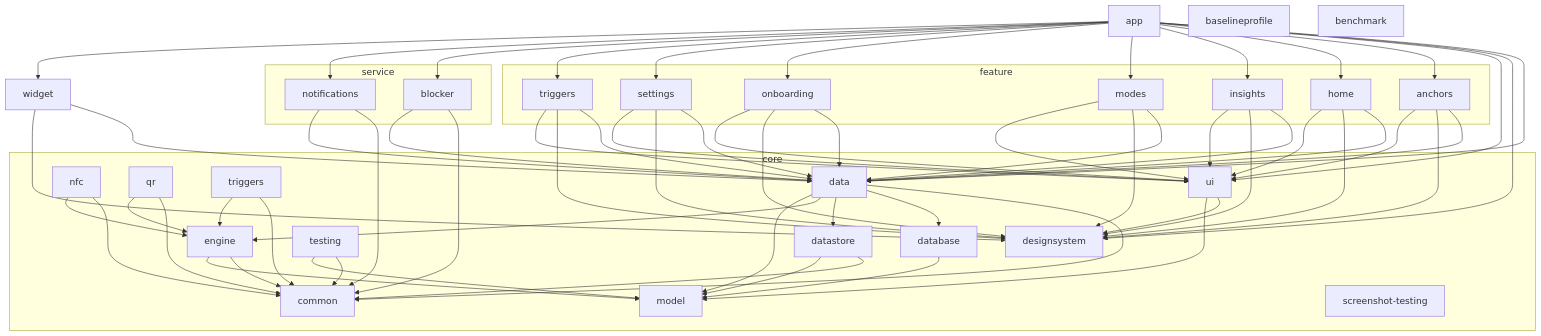
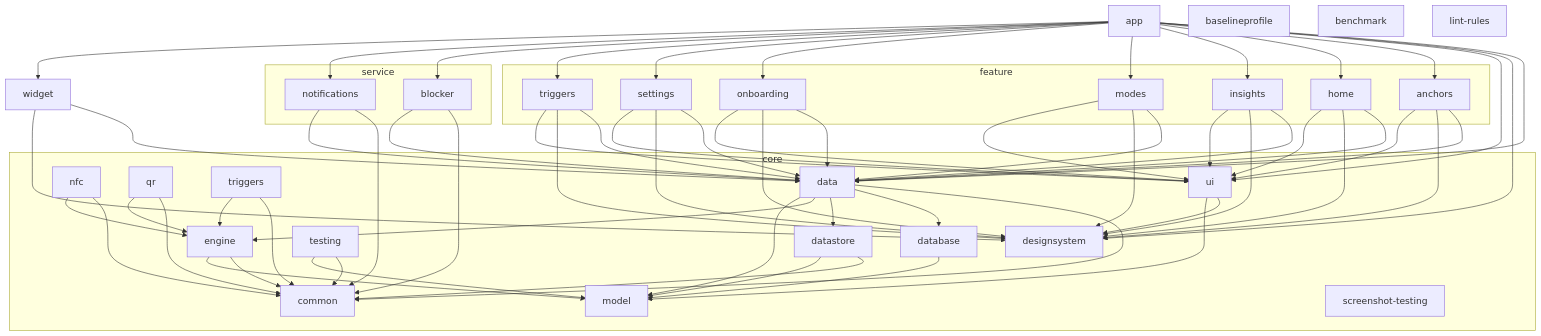
The diagram in README.md (uveshm003/anchor-android), drawn with Mermaid before and after one commit. The commit also changed 10 other files, not shown here.

First line of the commit message:
build(lint): add a lint-rules module with the SystemTimeCall check (#87)

```diff
--- a/README.md
+++ b/README.md
@@ -88,6 +88,7 @@
     app[app]
     baselineprofile[baselineprofile]
     benchmark[benchmark]
+    lint_rules[lint-rules]
     widget[widget]
     subgraph core
         core_common[common]
```
